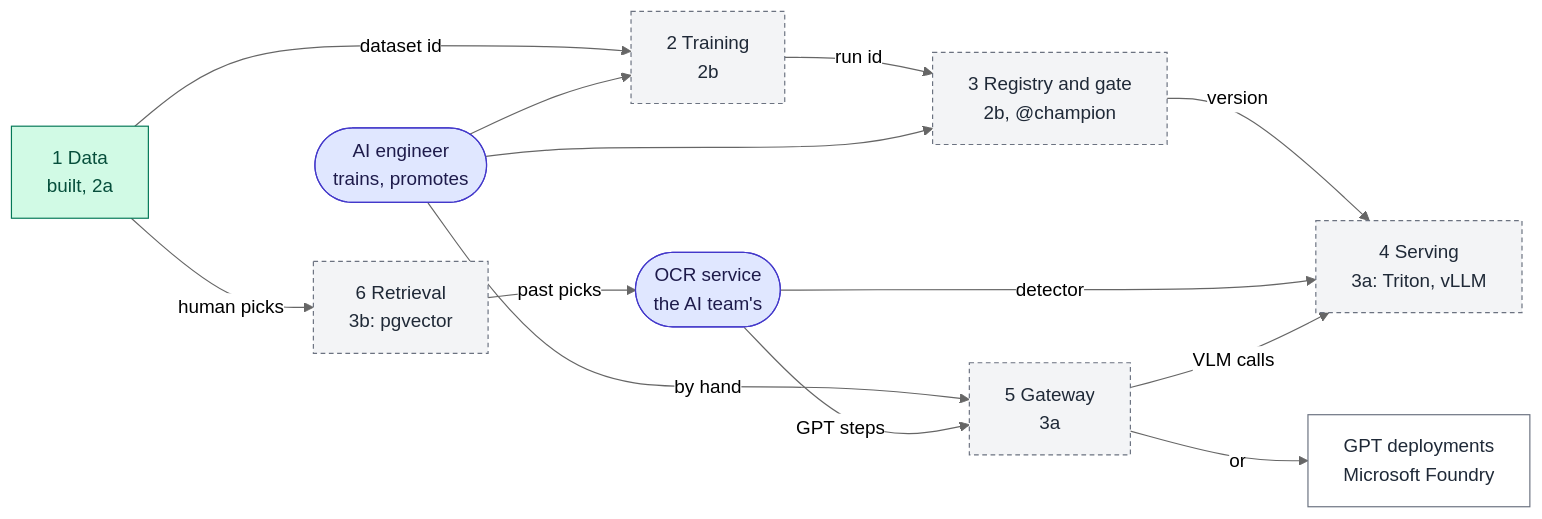
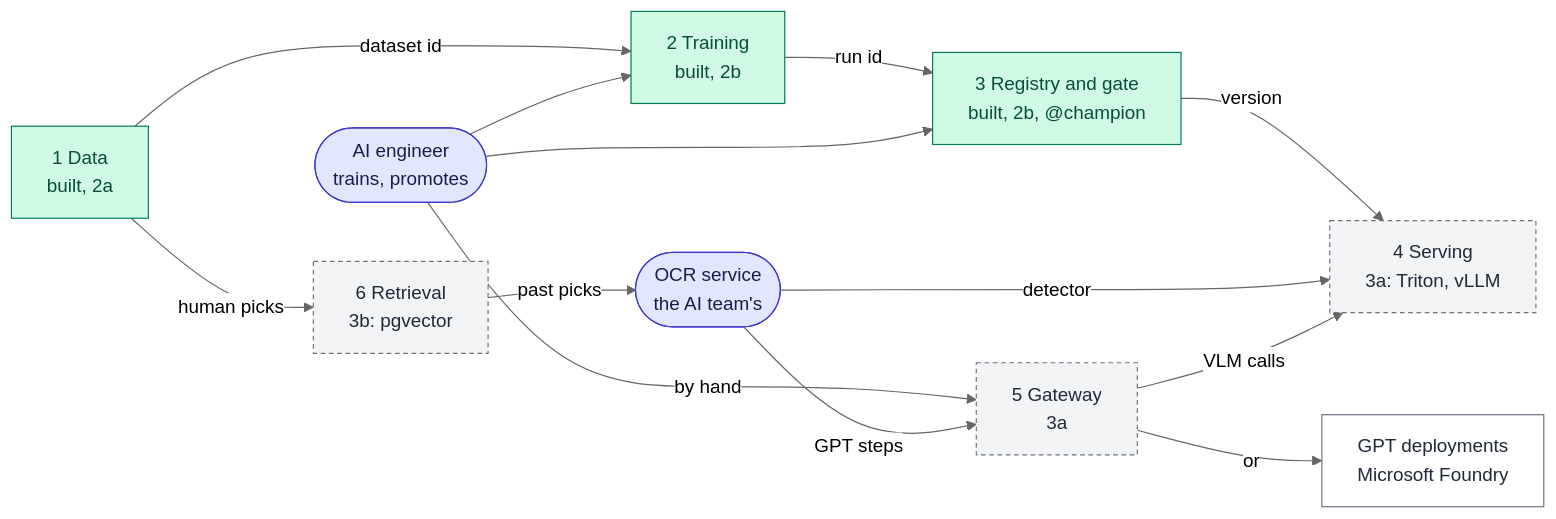
Before and after one commit to caokgit/ocr-platform: the first of 4 diagrams in docs/specs/ml-platform.md, drawn with Mermaid (neutral theme). The commit also changed other lines of this file and 47 other files, not shown here.

Commit message:
The training platform (phase 2b): one argo submit trains the detector, Kueue queues the GPU, MLflow tracks and registers, a promotion gate with a measured margin; T2 done for the detector, T7 and T8 half done, T1 not met as written (#11)

````diff
--- a/docs/specs/ml-platform.md
+++ b/docs/specs/ml-platform.md
@@ -40,26 +41,26 @@
 ```mermaid
 flowchart LR
   ae(["AI engineer<br/>trains, promotes"]):::user
   svc(["OCR service<br/>the AI team's"]):::user
   d["1 Data<br/>built, 2a"]:::built
-  t["2 Training<br/>2b"]:::planned
-  r["3 Registry and gate<br/>2b, @champion"]:::planned
+  t["2 Training<br/>built, 2b"]:::built
+  r["3 Registry and gate<br/>built, 2b, @champion"]:::built
   s["4 Serving<br/>3a: Triton, vLLM"]:::planned
   g["5 Gateway<br/>3a"]:::planned
   x["6 Retrieval<br/>3b: pgvector"]:::planned
   az["GPT deployments<br/>Microsoft Foundry"]:::ext
   d -->|"dataset id"| t -->|"run id"| r -->|"version"| s
   d -->|"human picks"| x
   ae --> t
   ae --> r
   ae -->|"by hand"| g
   x -->|"past picks"| svc
   svc -->|"detector"| s
   svc -->|"GPT steps"| g
   g -->|"VLM calls"| s
   g -->|"or"| az
   classDef built fill:#d1fae5,stroke:#047857,color:#064e3b
   classDef planned fill:#f3f4f6,stroke:#6b7280,color:#1f2937,stroke-dasharray:4 3
   classDef user fill:#e0e7ff,stroke:#4338ca,color:#1e1b4b
   classDef ext fill:#ffffff,stroke:#6b7280,color:#1f2937
 ```
````
